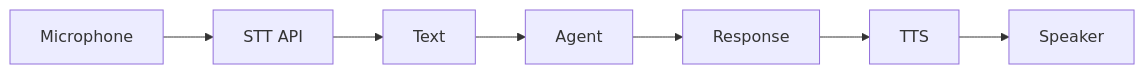
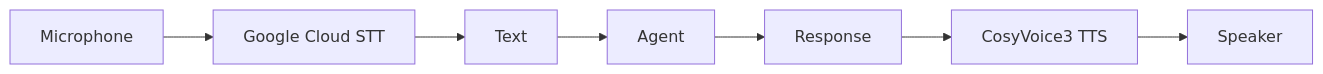
The third of 3 diagrams in README.md (Pseudo-Lab/Agent_Studio), drawn with Mermaid before and after one commit. The commit also changed other lines of this file, not shown here.

````diff
--- a/README.md
+++ b/README.md
@@ -66,9 +93,9 @@
 ```mermaid
 flowchart LR
-    MIC[Microphone] --> STT[STT API]
+    MIC[Microphone] --> STT[Google Cloud STT]
     STT --> TEXT[Text]
     TEXT --> AGENT[Agent]
     AGENT --> RESP[Response]
-    RESP --> TTS[TTS]
+    RESP --> TTS[CosyVoice3 TTS]
     TTS --> SPEAKER[Speaker]
 ```
````
